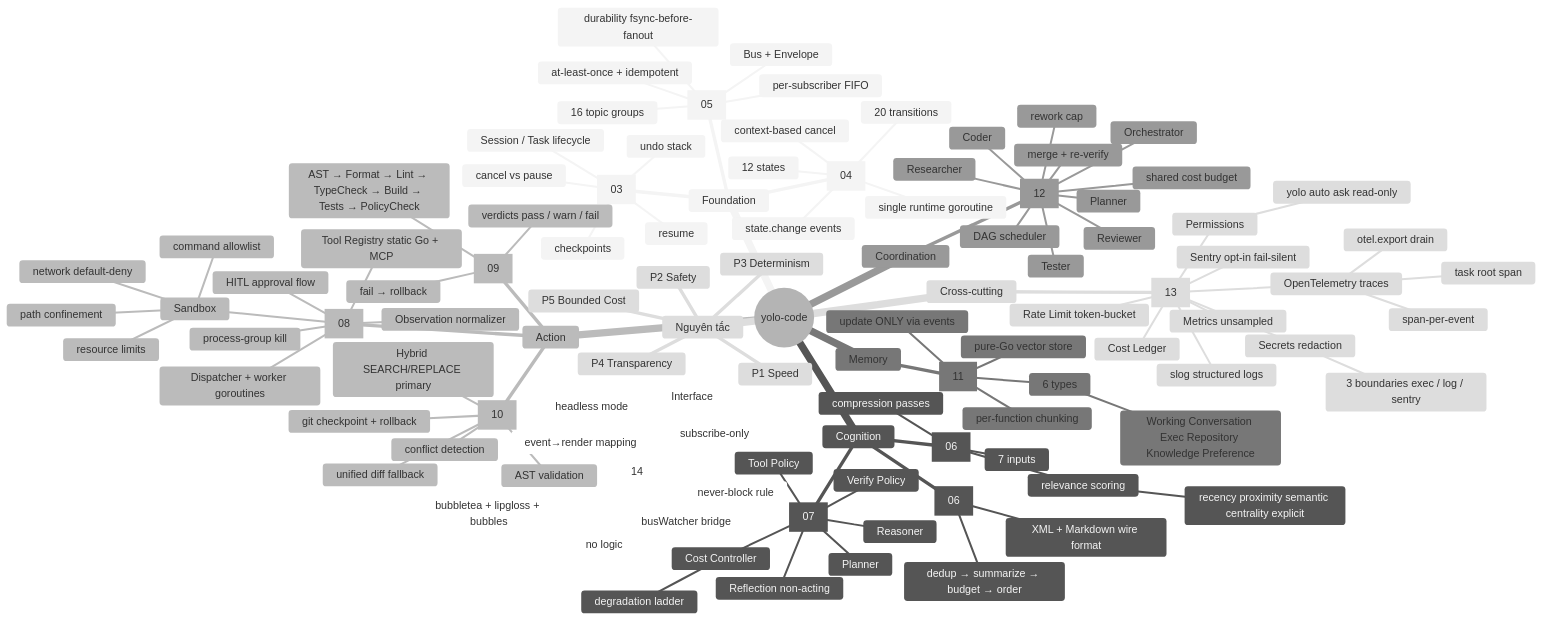
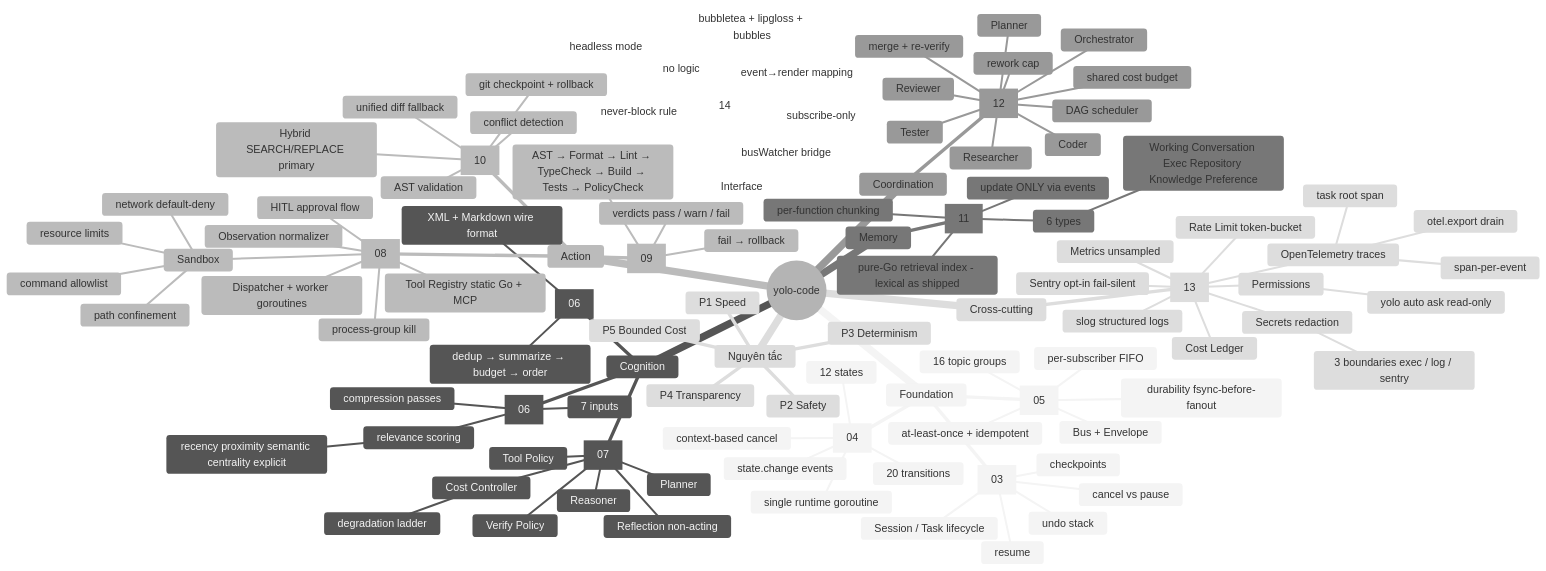
One commit to baobao1044/yolo-code changed the first of 2 diagrams in 00-Mindmap.md. Above: the diagram before and after it, drawn with Mermaid (neutral theme). The commit also changed 21 other files, not shown here.

```diff
--- a/00-Mindmap.md
+++ b/00-Mindmap.md
@@ -71,7 +71,7 @@
         6 types
           Working Conversation Exec Repository Knowledge Preference
         update ONLY via events
-        pure-Go vector store
+        pure-Go retrieval index - lexical as shipped
         per-function chunking
     Coordination
       L11 Multi-Agent[12]
```
